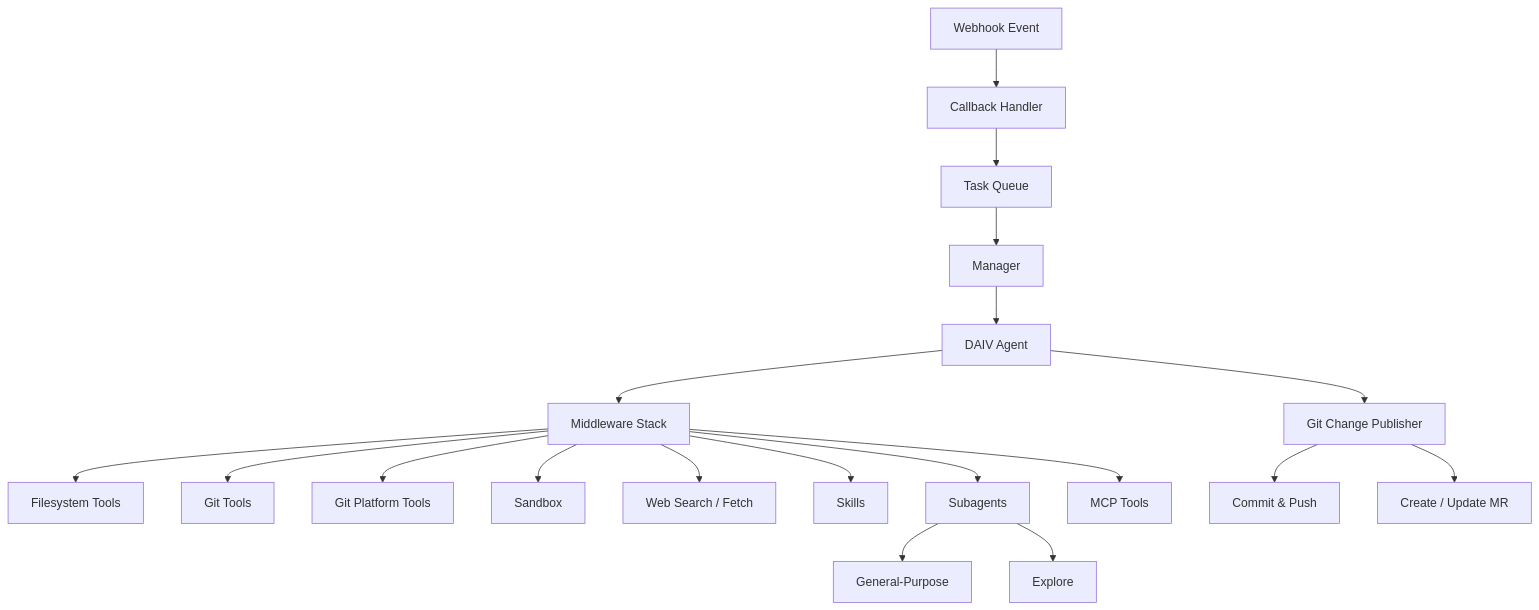
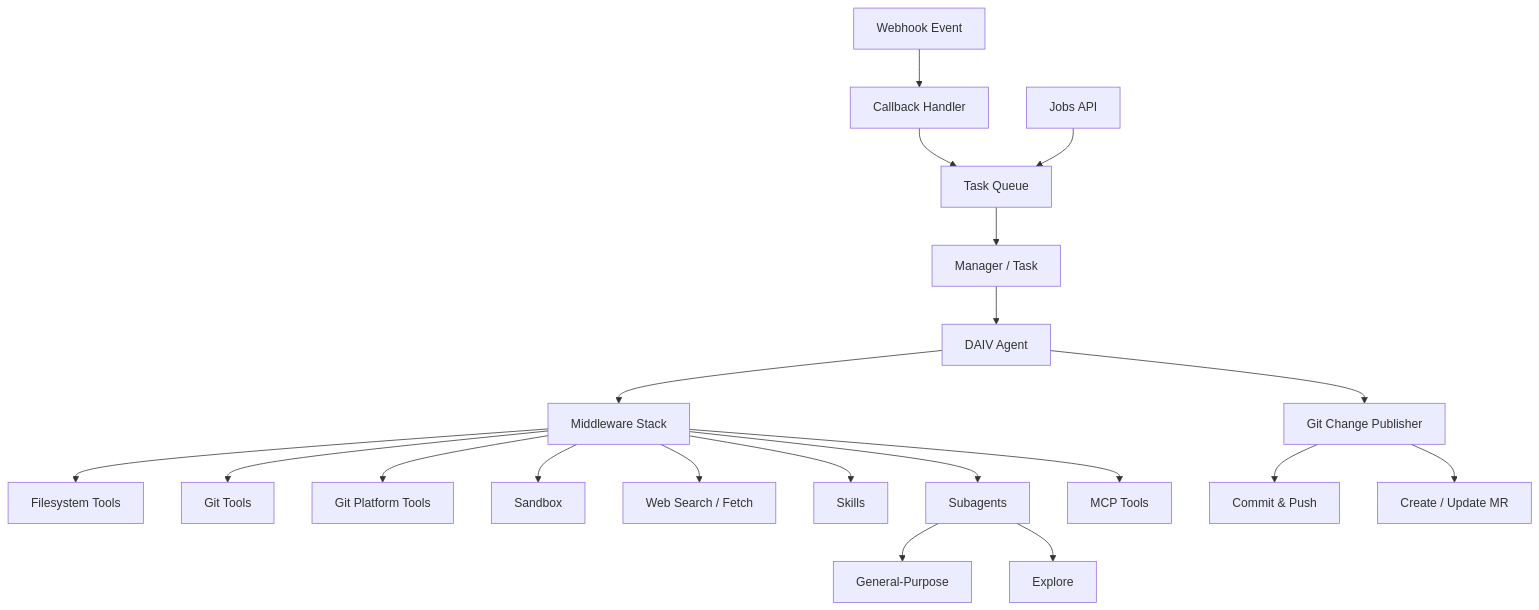
Before and after one commit to srtab/daiv: the diagram in docs/reference/agent-architecture.md, drawn with Mermaid. The commit also changed other lines of this file and 7 other files, not shown here.

First line of the commit message:
docs(jobs): Add Jobs API docs and make throttle rate configurable

````diff
--- a/docs/reference/agent-architecture.md
+++ b/docs/reference/agent-architecture.md
@@ -14,24 +14,25 @@
 ```mermaid
 graph TB
     WH[Webhook Event] --> CB[Callback Handler]
     CB --> TQ[Task Queue]
-    TQ --> MGR[Manager]
+    JOB[Jobs API] --> TQ
+    TQ --> MGR[Manager / Task]
     MGR --> AGENT[DAIV Agent]
 
     AGENT --> MW[Middleware Stack]
     MW --> FS[Filesystem Tools]
     MW --> GIT[Git Tools]
     MW --> GP[Git Platform Tools]
     MW --> SB[Sandbox]
     MW --> WS[Web Search / Fetch]
     MW --> SK[Skills]
     MW --> SA[Subagents]
     MW --> MCP[MCP Tools]
 
     SA --> GPAgent[General-Purpose]
     SA --> EXAgent[Explore]
 
     AGENT --> PUB[Git Change Publisher]
     PUB --> COMMIT[Commit & Push]
     PUB --> MR[Create / Update MR]
 ```
````
